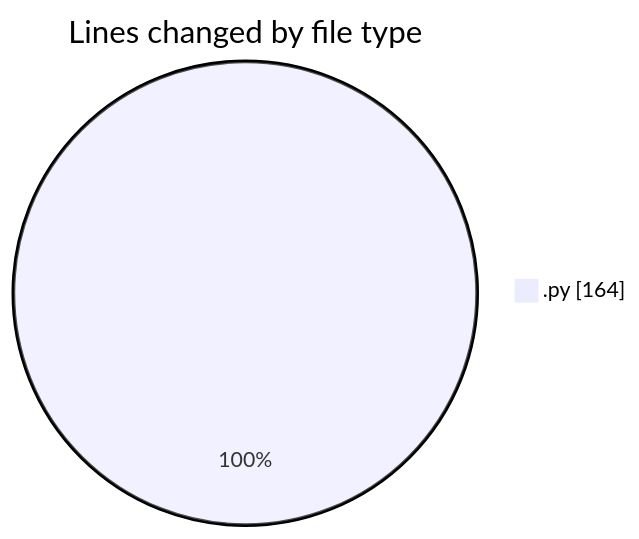
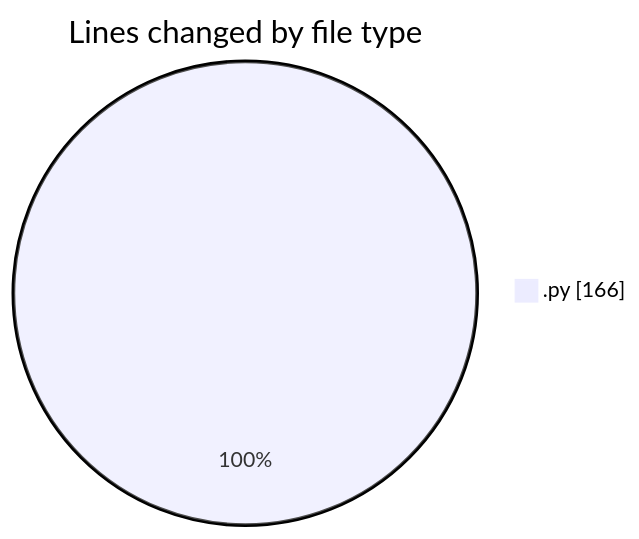
The first of 2 diagrams in 2025-02-26/myws__workspace_/README.md (MatusMokan/code-tracking), drawn with Mermaid before and after one commit. The commit also changed other lines of this file and 1 other file, not shown here.

````diff
--- a/2025-02-26/myws__workspace_/README.md
+++ b/2025-02-26/myws__workspace_/README.md
@@ -20,5 +20,5 @@
 ```mermaid
 pie showData
 title Lines changed by file type
-".py" : 164
+".py" : 166
 ```
````
